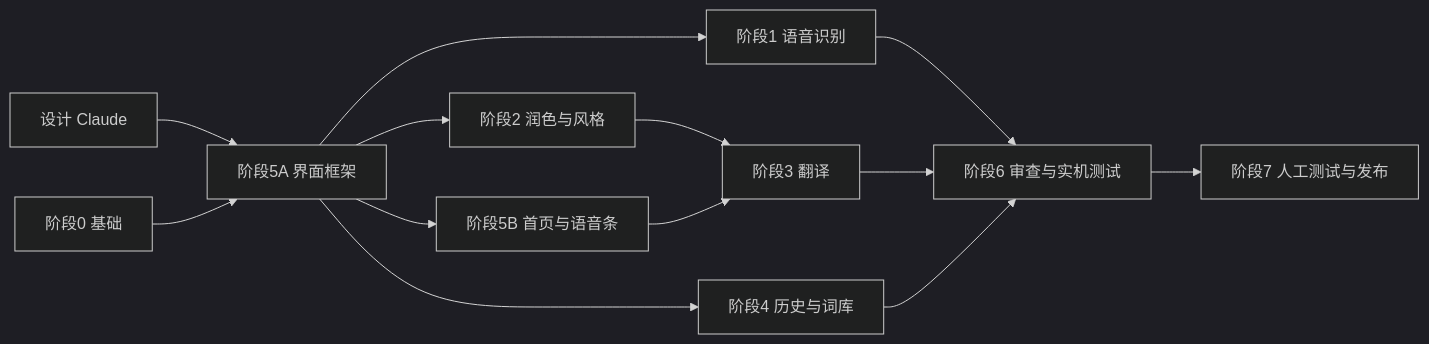
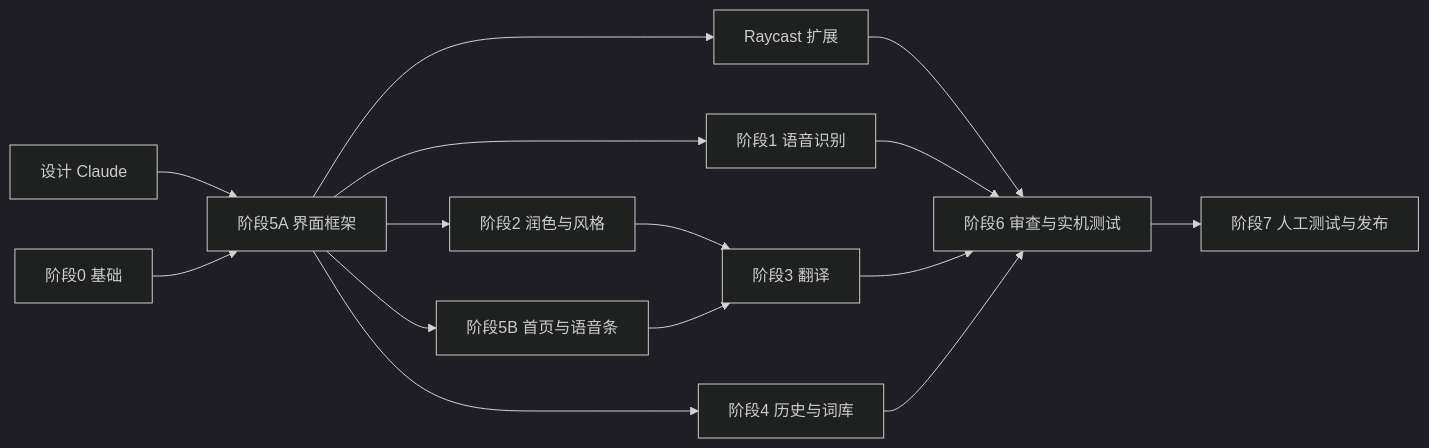
Before and after one commit to TypeWhisper/typewhisper-mac: the diagram in docs/ROADMAP.md, drawn with Mermaid (dark theme). The commit also changed other lines of this file, not shown here.

Commit message:
保留并发展与 Raycast 的连接

````diff
--- a/docs/ROADMAP.md
+++ b/docs/ROADMAP.md
@@ -22,15 +22,17 @@
 ```mermaid
 flowchart LR
   D[设计 Claude] --> P5A
   P0[阶段0 基础] --> P5A[阶段5A 界面框架]
   P5A --> P1[阶段1 语音识别]
   P5A --> P2[阶段2 润色与风格]
   P5A --> P4[阶段4 历史与词库]
   P5A --> P5B[阶段5B 首页与语音条]
+  P5A --> PR[Raycast 扩展]
+  PR --> P6
   P2 --> P3[阶段3 翻译]
   P5B --> P3
   P1 --> P6[阶段6 审查与实机测试]
   P3 --> P6
   P4 --> P6
   P6 --> P7[阶段7 人工测试与发布]
 ```
````
